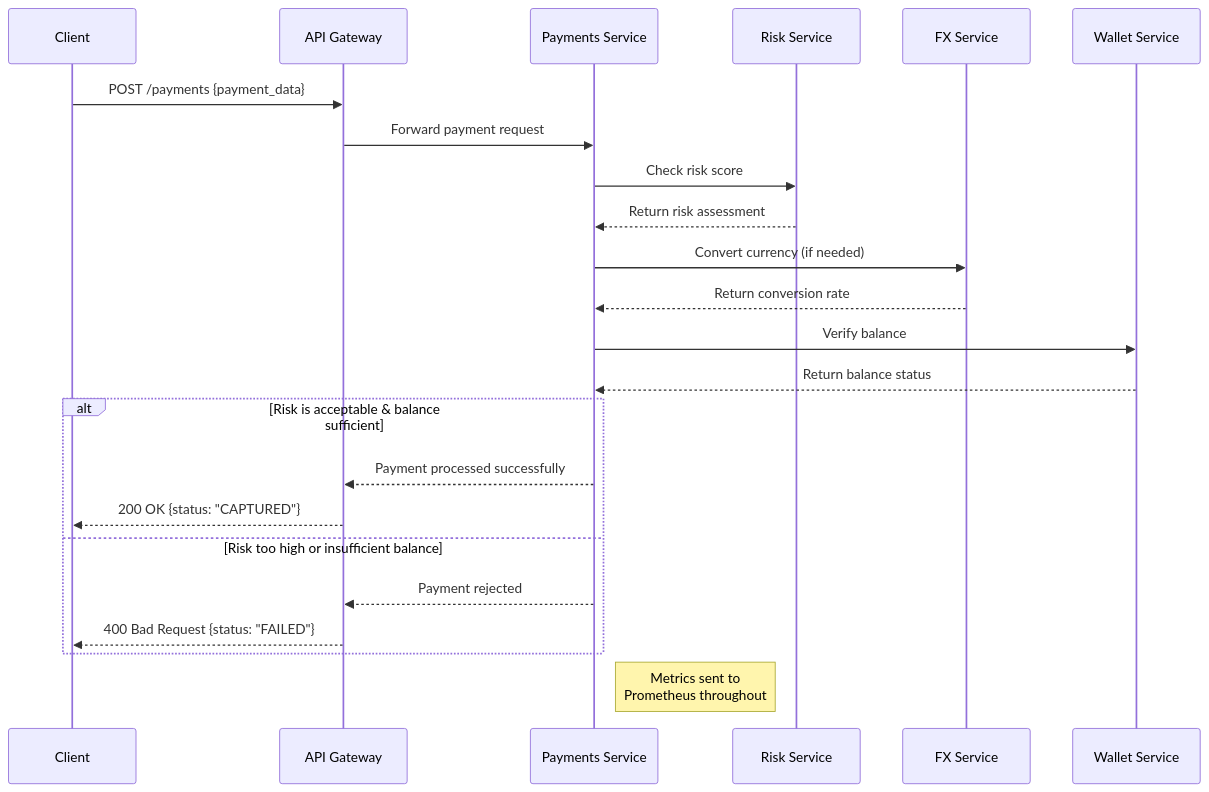
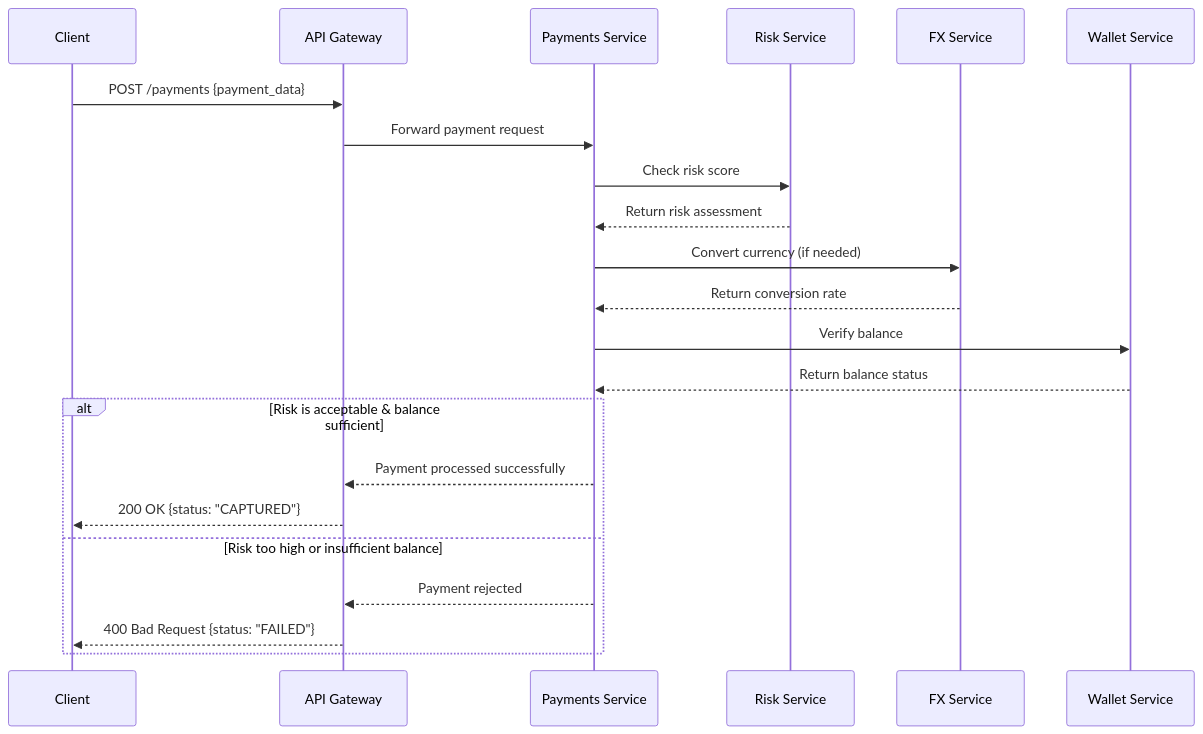
The second of 2 diagrams in README.md (kukuhtw/RealTime_MultiCurrency_PG_go), drawn with Mermaid before and after one commit. The commit also changed other lines of this file, not shown here.

````diff
--- a/README.md
+++ b/README.md
@@ -181,28 +82,26 @@
 ```mermaid
 sequenceDiagram
     participant C as Client
     participant G as API Gateway
     participant P as Payments Service
     participant R as Risk Service
     participant F as FX Service
     participant W as Wallet Service
 
     C->>G: POST /payments {payment_data}
     G->>P: Forward payment request
     P->>R: Check risk score
     R-->>P: Return risk assessment
     P->>F: Convert currency (if needed)
     F-->>P: Return conversion rate
     P->>W: Verify balance
     W-->>P: Return balance status
     
     alt Risk is acceptable & balance sufficient
         P-->>G: Payment processed successfully
         G-->>C: 200 OK {status: "CAPTURED"}
     else Risk too high or insufficient balance
         P-->>G: Payment rejected
         G-->>C: 400 Bad Request {status: "FAILED"}
     end
-    
-    Note right of P: Metrics sent to<br>Prometheus throughout
 ```
````
